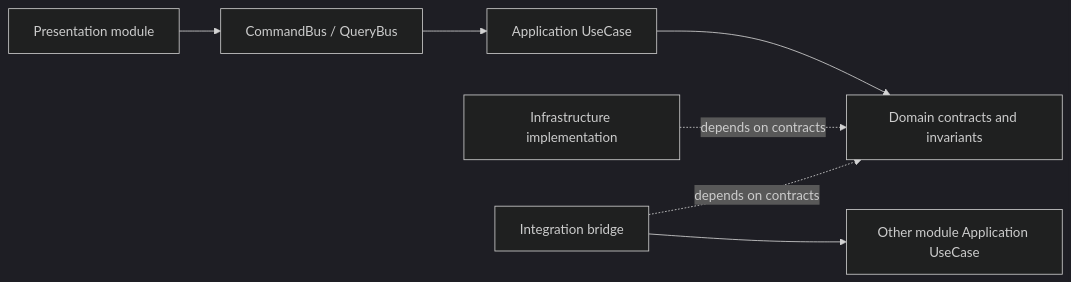
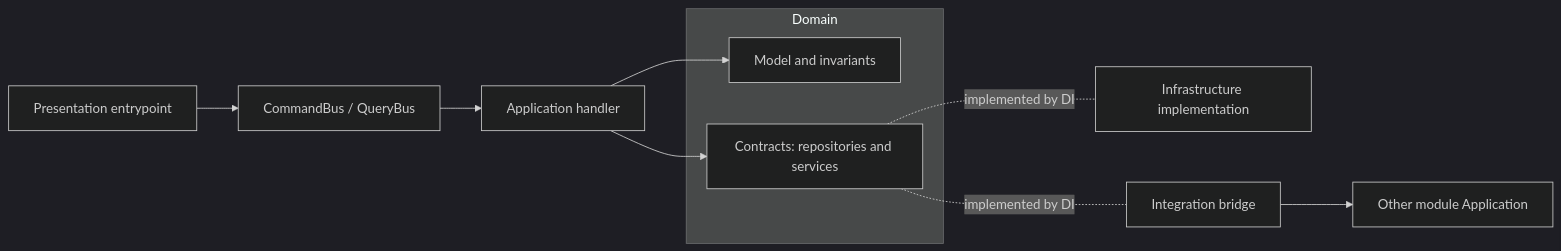
One commit to prikotov/symfony-ddd-ai-skeleton changed the diagram in todo/done/EPIC-skeleton-module-ddd-scaffold.todo.md. Above: the diagram before and after it, drawn with Mermaid (dark theme). The commit also changed 1 other file, not shown here.

Commit message:
docs(module): make implementation bindings non-directional

````diff
--- a/todo/done/EPIC-skeleton-module-ddd-scaffold.todo.md
+++ b/todo/done/EPIC-skeleton-module-ddd-scaffold.todo.md
@@ -90,16 +90,21 @@
 ```mermaid
 flowchart LR
-    Presentation[Presentation module]
+    Presentation[Presentation entrypoint]
     Bus[CommandBus / QueryBus]
-    Application[Application UseCase]
-    Domain[Domain contracts and invariants]
+    Application[Application handler]
     Infrastructure[Infrastructure implementation]
     Integration[Integration bridge]
-    OtherApplication[Other module Application UseCase]
+    OtherApplication[Other module Application]
+
+    subgraph Domain[Domain]
+        DomainModel[Model and invariants]
+        DomainContracts[Contracts: repositories and services]
+    end
 
     Presentation --> Bus --> Application
-    Application --> Domain
-    Infrastructure -. depends on contracts .-> Domain
-    Integration -. depends on contracts .-> Domain
+    Application --> DomainModel
+    Application --> DomainContracts
+    DomainContracts -. implemented by DI .- Infrastructure
+    DomainContracts -. implemented by DI .- Integration
     Integration --> OtherApplication
 ```
````
